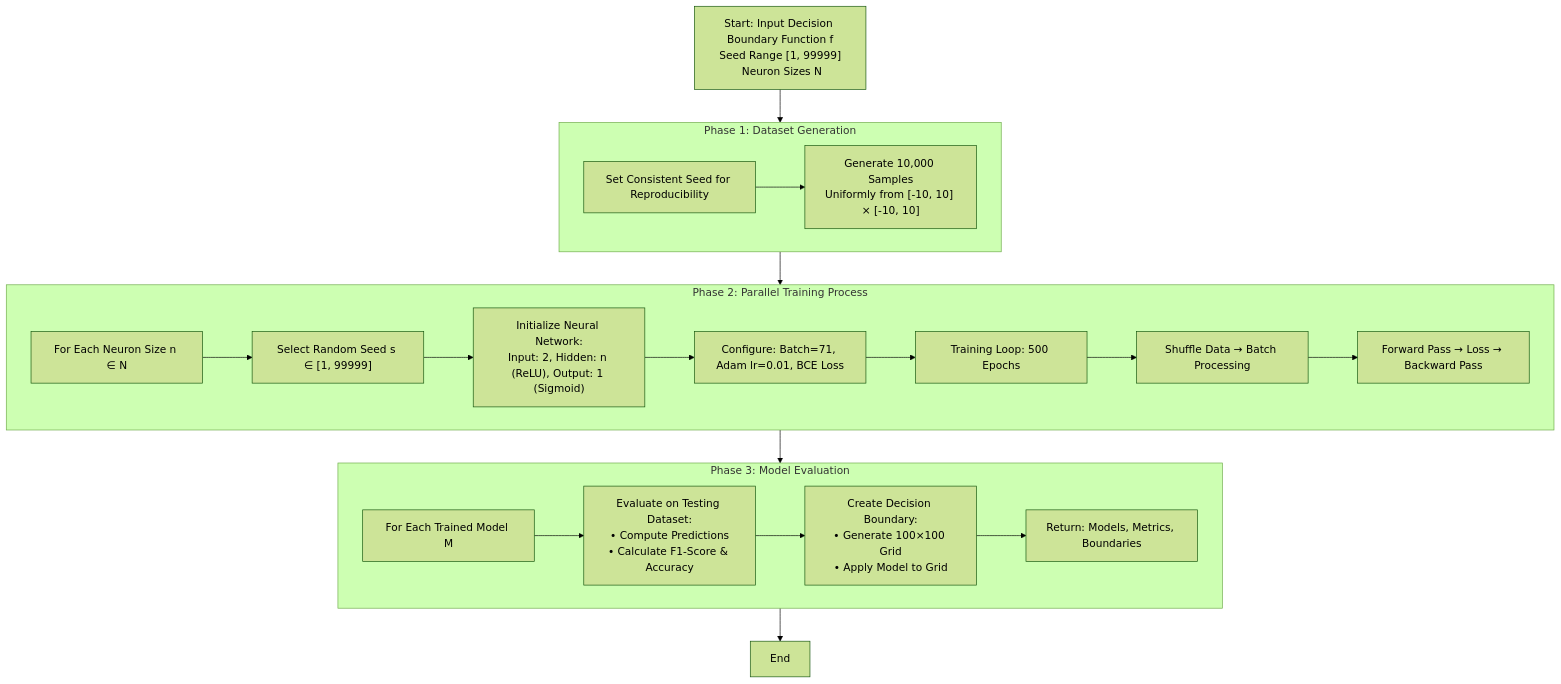
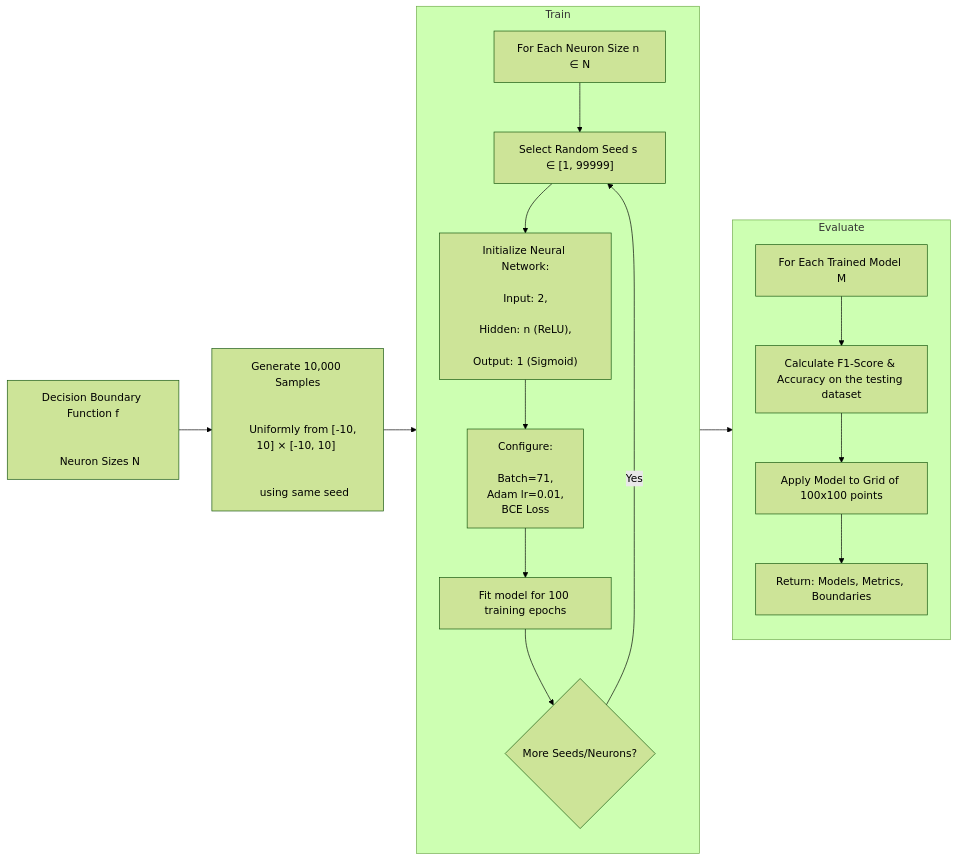
Before and after one commit to janithwanni/2nd-year-milestone-slides: the second of 3 diagrams in index.qmd, drawn with Mermaid (forest theme). The commit also changed other lines of this file and 13 other files, not shown here.

````diff
--- a/index.qmd
+++ b/index.qmd
@@ -1027,43 +1016,45 @@
 ```{mermaid}
-flowchart TB
-    A["Start: Input Decision Boundary Function f<br/>Seed Range [1, 99999]<br/> Neuron Sizes N"] --> P1
-    
-    subgraph P1 ["Phase 1: Dataset Generation"]
-        direction LR
-        B[Set Consistent Seed for Reproducibility]
-        C["Generate 10,000 Samples<br/>Uniformly from [-10, 10] × [-10, 10]"]
+flowchart LR
+
+    A["Decision Boundary Function f
+    <br/>
+    Neuron Sizes N"] --> C 
+
+    C["Generate 10,000 Samples
+    <br/>
+    Uniformly from [-10, 10] × [-10, 10] 
+    <br/>
+    using same seed"] --> P2
+   
+    subgraph P2 ["Train"]
+        direction TB
+        G["For Each Neuron Size n ∈ N"]
+        H["Select Random Seed s ∈ [1, 99999]"]
+        I["Initialize Neural Network:
+        <br/>Input: 2,
+        <br/>Hidden: n (ReLU),
+        <br/>Output: 1 (Sigmoid)"]
+        J["Configure: 
+        <br/>Batch=71,<br/> Adam lr=0.01,<br/> BCE Loss"]
         
-        B --> C
-    end
-    
-    P1 --> P2
-    
-    subgraph P2 ["Phase 2: Parallel Training Process"]
-        direction LR
-        G[For Each Neuron Size n ∈ N]
-        H["Select Random Seed s ∈ [1, 99999]"]
-        I["Initialize Neural Network:<br/>Input: 2, Hidden: n (ReLU), Output: 1 (Sigmoid)"]
-        J[Configure: Batch=71, Adam lr=0.01, BCE Loss]
+        K["Fit model for 100 training epochs"]  
+        O{More Seeds/Neurons?}
         
-        K[Training Loop: 500 Epochs]
-        L[Shuffle Data → Batch Processing]
-        M[Forward Pass → Loss → Backward Pass]
-         
         G --> H --> I --> J --> K
-        K --> L --> M
+        K --> O
+        O -->|Yes| H
     end
     
     P2 --> P3
     
-    subgraph P3 ["Phase 3: Model Evaluation"]
-        direction LR
+    subgraph P3 ["Evaluate"]
+        direction TB
         P[For Each Trained Model M]
-        Q[Evaluate on Testing Dataset:<br/>• Compute Predictions<br/>• Calculate F1-Score & Accuracy]
-        R[Create Decision Boundary:<br/>• Generate 100×100 Grid<br/>• Apply Model to Grid]
+        Q[Calculate F1-Score & Accuracy on the testing dataset]
+        R[Apply Model to Grid of 100x100 points]
         T[Return: Models, Metrics, Boundaries]
         
         P --> Q --> R --> T 
     end
     
-    P3 --> U[End]
 ```
````
